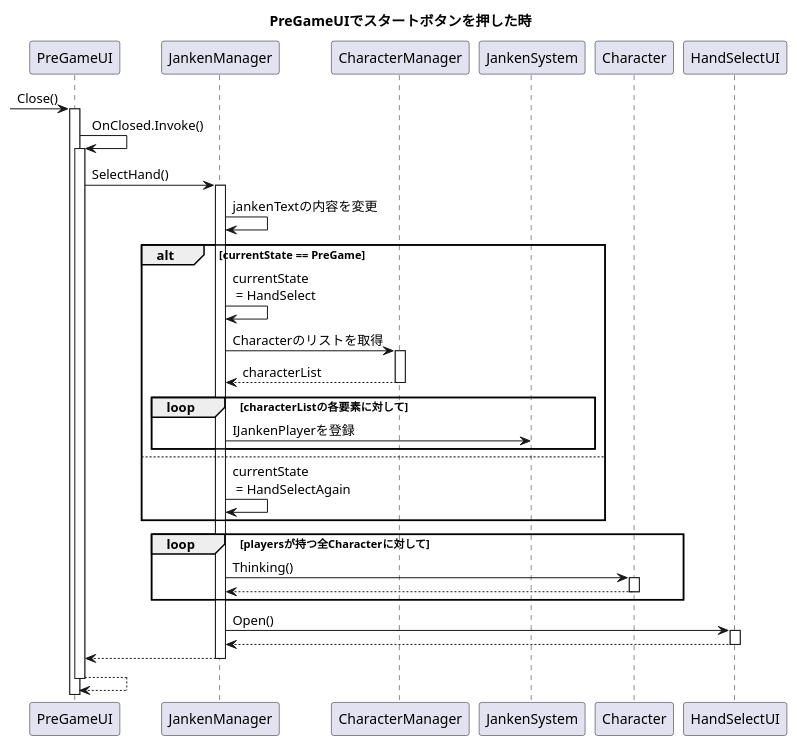
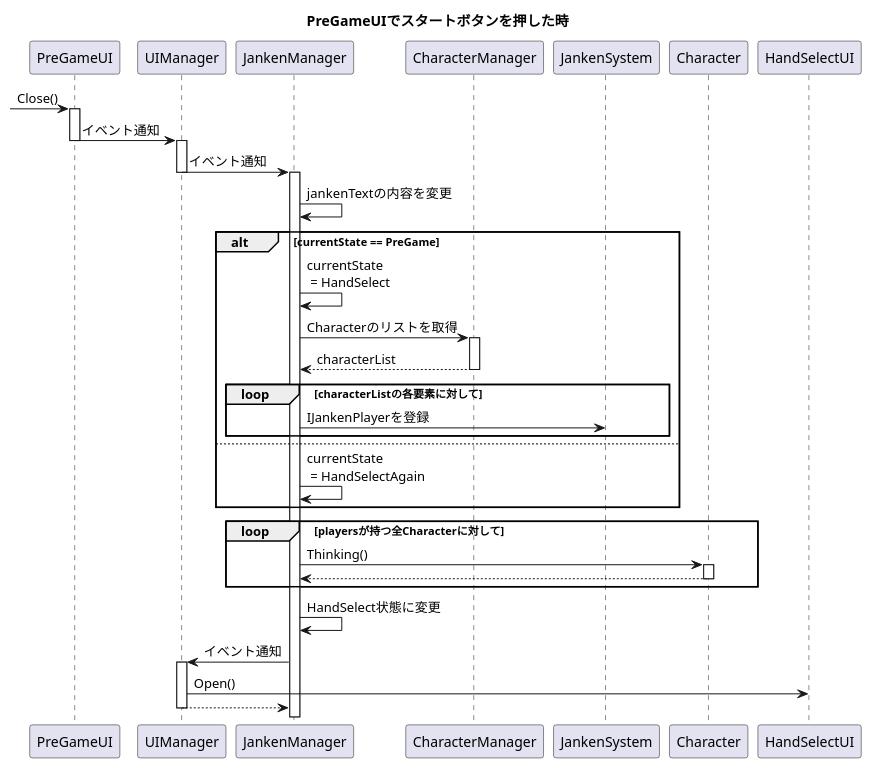
The sixth of 11 diagrams in UML/Sequence/GameSequence.wsd (doragonn777/Minigames), drawn with PlantUML before and after one commit. The commit also changed other lines of this file and 1 other file, not shown here.

```diff
--- a/UML/Sequence/GameSequence.wsd
+++ b/UML/Sequence/GameSequence.wsd
@@ -122,41 +130,52 @@
 @startuml
 title PreGameUIでスタートボタンを押した時
 autoactivate on
 
 -> PreGameUI : Close()
 
-PreGameUI -> PreGameUI : OnClosed.Invoke()
+autoactivate off
 
-PreGameUI -> JankenManager : SelectHand()
+PreGameUI -> UIManager : イベント通知
+deactivate PreGameUI
+activate UIManager
 
-autoactivate off
+UIManager -> JankenManager : イベント通知
+deactivate UIManager
+activate JankenManager
 
 JankenManager -> JankenManager : jankenTextの内容を変更
 
 alt currentState == PreGame
 JankenManager -> JankenManager : currentState\n = HandSelect
 
 JankenManager -> CharacterManager : Characterのリストを取得
 activate CharacterManager
 CharacterManager --> JankenManager : characterList
 deactivate CharacterManager
 
 loop characterListの各要素に対して
 JankenManager -> JankenSystem : IJankenPlayerを登録
 end
 
 else
 JankenManager -> JankenManager : currentState\n = HandSelectAgain
 end
 autoactivate on
 
 loop playersが持つ全Characterに対して
 JankenManager -> Character : Thinking()
 return
 end
 
-JankenManager -> HandSelectUI : Open()
-return
-return
-return
+autoactivate off
+JankenManager -> JankenManager : HandSelect状態に変更
+JankenManager -> UIManager : イベント通知
+activate UIManager
+UIManager -> HandSelectUI : Open()
+UIManager --> JankenManager
+deactivate UIManager
+autoactivate on
+
+
+
 @enduml
```
